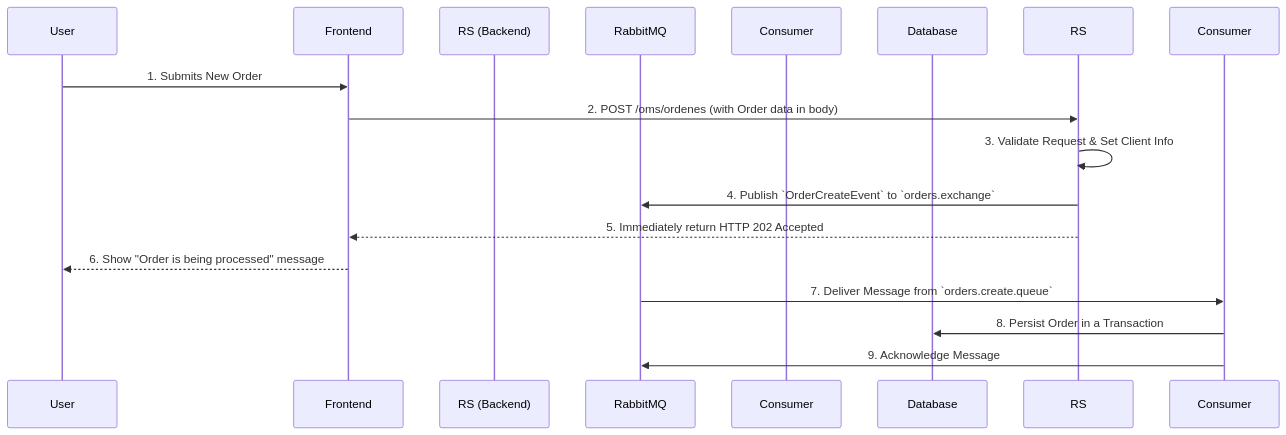
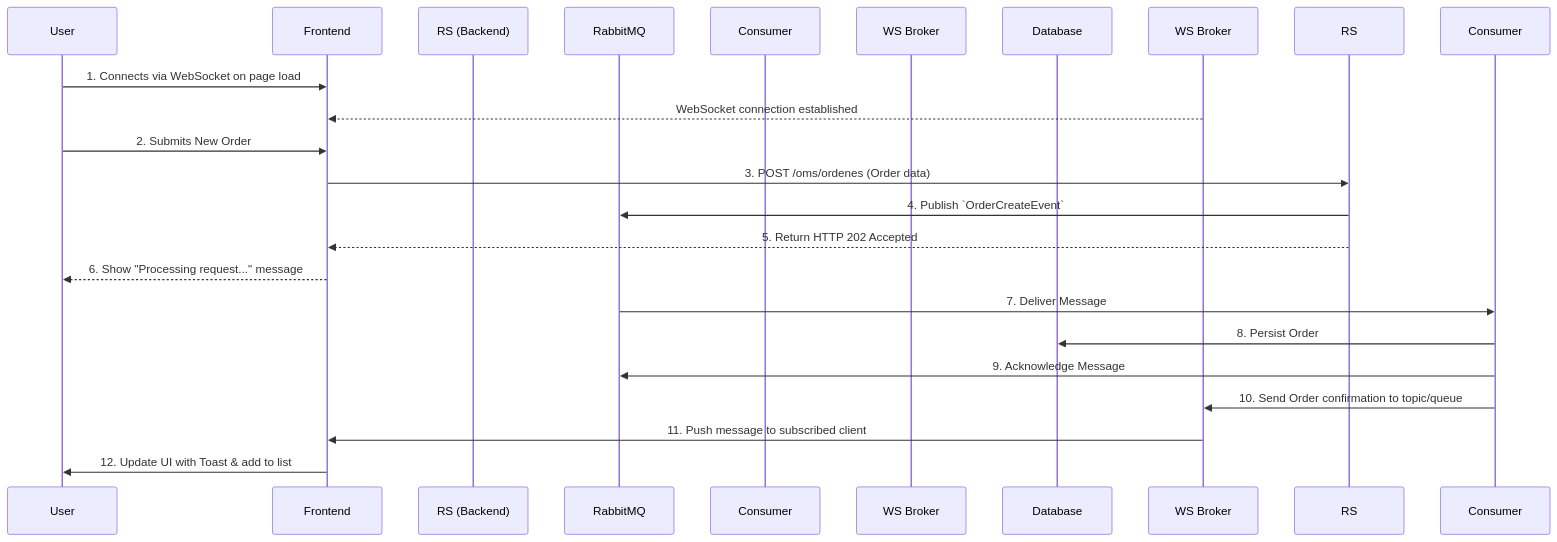
Before and after one commit to busquedad/Hibernate: the third of 3 diagrams in README.md, drawn with Mermaid. The commit also changed other lines of this file and 11 other files, not shown here.

First line of the commit message:
feat(frontend): Implementar flujo asíncrono de órdenes con WebSockets

````diff
--- a/README.md
+++ b/README.md
@@ -197,20 +197,27 @@
 ```mermaid
 sequenceDiagram
     participant User
     participant Frontend
     participant ResourceServer as RS (Backend)
     participant RabbitMQ
     participant OrderProcessingConsumer as Consumer
+    participant WebSocketBroker as WS Broker
     participant Database
 
-    User->>Frontend: 1. Submits New Order
-    Frontend->>RS: 2. POST /oms/ordenes (with Order data in body)
-    RS->>RS: 3. Validate Request & Set Client Info
-    RS->>RabbitMQ: 4. Publish `OrderCreateEvent` to `orders.exchange`
-    RS-->>Frontend: 5. Immediately return HTTP 202 Accepted
-    Frontend-->>User: 6. Show "Order is being processed" message
+    User->>Frontend: 1. Connects via WebSocket on page load
+    WS Broker-->>Frontend: WebSocket connection established
 
-    RabbitMQ->>Consumer: 7. Deliver Message from `orders.create.queue`
-    Consumer->>Database: 8. Persist Order in a Transaction
+    User->>Frontend: 2. Submits New Order
+    Frontend->>RS: 3. POST /oms/ordenes (Order data)
+    RS->>RabbitMQ: 4. Publish `OrderCreateEvent`
+    RS-->>Frontend: 5. Return HTTP 202 Accepted
+    Frontend-->>User: 6. Show "Processing request..." message
+
+    RabbitMQ->>Consumer: 7. Deliver Message
+    Consumer->>Database: 8. Persist Order
     Consumer->>RabbitMQ: 9. Acknowledge Message
+
+    Consumer->>WS Broker: 10. Send Order confirmation to topic/queue
+    WS Broker->>Frontend: 11. Push message to subscribed client
+    Frontend->>User: 12. Update UI with Toast & add to list
 ```
````
